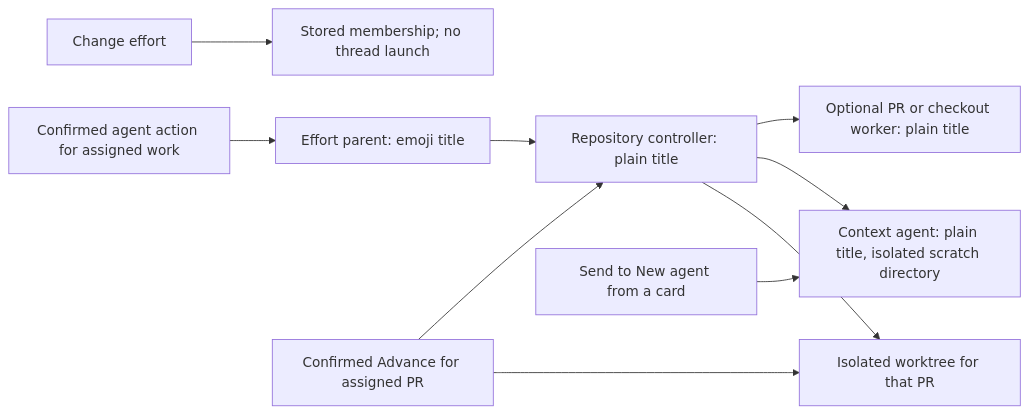
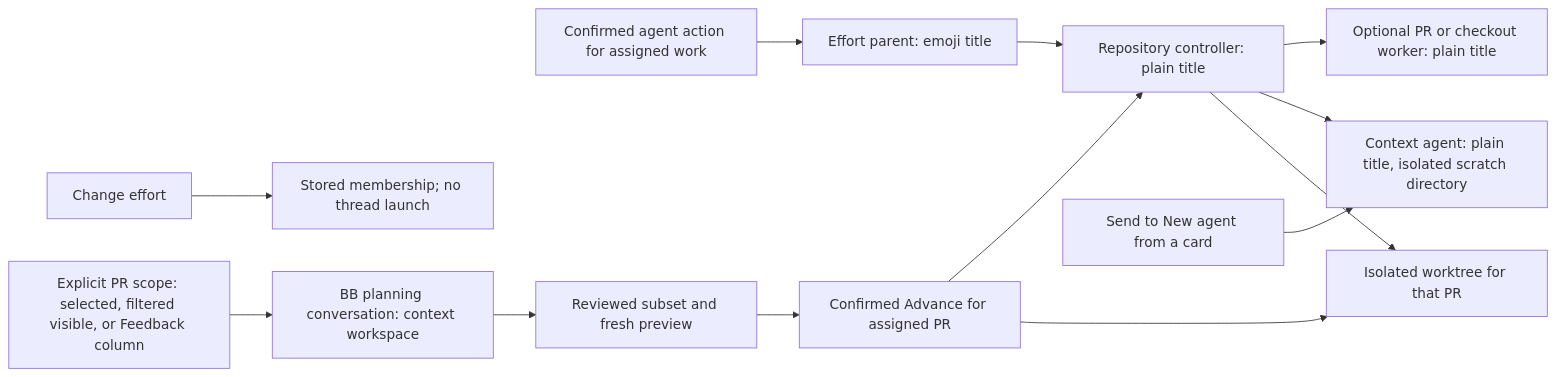
The second of 2 diagrams in plugins/workstreams/README.md (arashout/bb-plugins), drawn with Mermaid before and after one commit. The commit also changed other lines of this file and 11 other files, not shown here.

````diff
--- a/plugins/workstreams/README.md
+++ b/plugins/workstreams/README.md
@@ -110,12 +110,15 @@
 ```mermaid
 flowchart LR
   change["Change effort"] --> stored["Stored membership; no thread launch"]
   action["Confirmed agent action for assigned work"] --> parent["Effort parent: emoji title"]
   parent --> controller["Repository controller: plain title"]
   controller --> worker["Optional PR or checkout worker: plain title"]
   message["Send to New agent from a card"] --> context["Context agent: plain title, isolated scratch directory"]
   controller --> context
+  scope["Explicit PR scope: selected, filtered visible, or Feedback column"] --> planning["BB planning conversation: context workspace"]
+  planning --> proposal["Reviewed subset and fresh preview"]
+  proposal --> advance
   advance["Confirmed Advance for assigned PR"] --> controller
   advance --> workspace["Isolated worktree for that PR"]
   controller --> workspace
 ```
````
